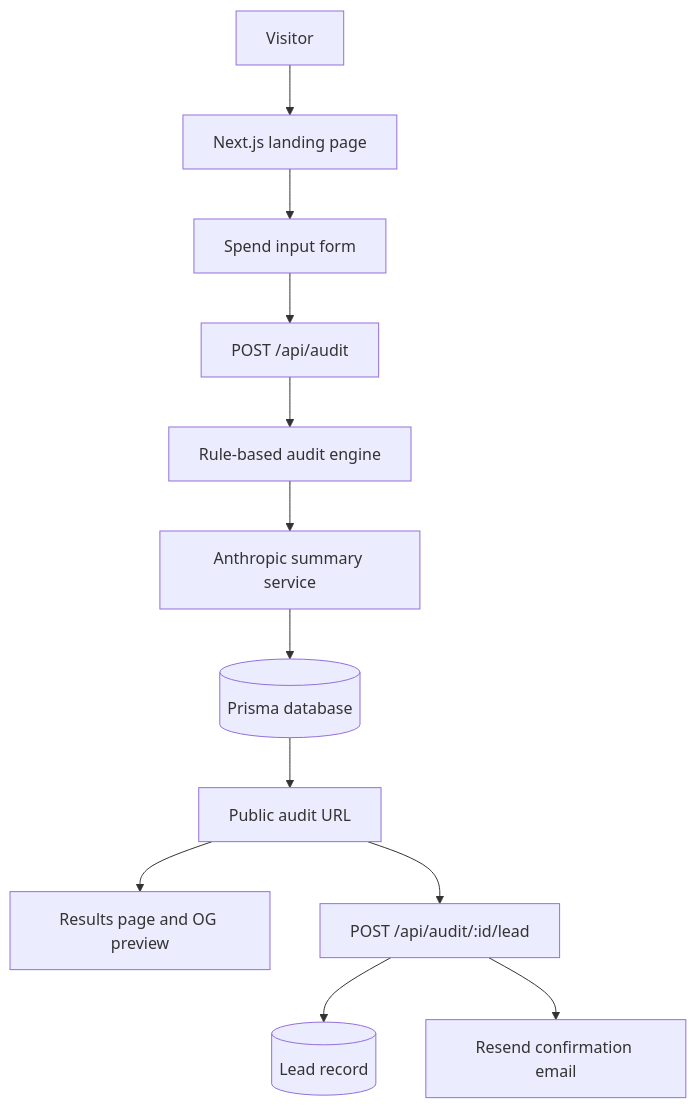
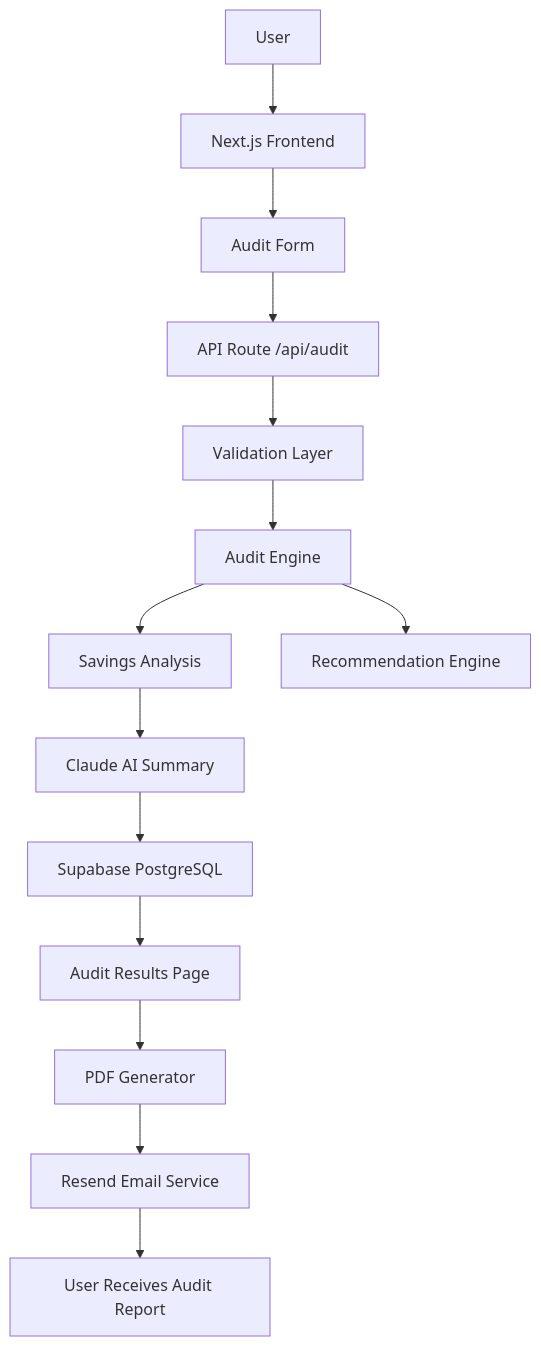
Before and after one commit to sampath-raja05/TrackSpend-AI: the diagram in ARCHITECTURE.md, drawn with Mermaid. The commit also changed other lines of this file and 8 other files, not shown here.

````diff
--- a/ARCHITECTURE.md
+++ b/ARCHITECTURE.md
@@ -5,14 +3,25 @@
 ```mermaid
-flowchart TD
-  A[Visitor] --> B[Next.js landing page]
-  B --> C[Spend input form]
-  C --> D[POST /api/audit]
-  D --> E[Rule-based audit engine]
-  E --> F[Anthropic summary service]
-  F --> G[(Prisma database)]
-  G --> H[Public audit URL]
-  H --> I[Results page and OG preview]
-  H --> J[POST /api/audit/:id/lead]
-  J --> K[(Lead record)]
-  J --> L[Resend confirmation email]
+graph TD
+
+A[User] --> B[Next.js Frontend]
+B --> C[Audit Form]
+
+C --> D[API Route /api/audit]
+
+D --> E[Validation Layer]
+E --> F[Audit Engine]
+
+F --> G[Savings Analysis]
+F --> H[Recommendation Engine]
+
+G --> I[Claude AI Summary]
+
+I --> J[Supabase PostgreSQL]
+
+J --> K[Audit Results Page]
+
+K --> L[PDF Generator]
+L --> M[Resend Email Service]
+
+M --> N[User Receives Audit Report]
 ```
````
